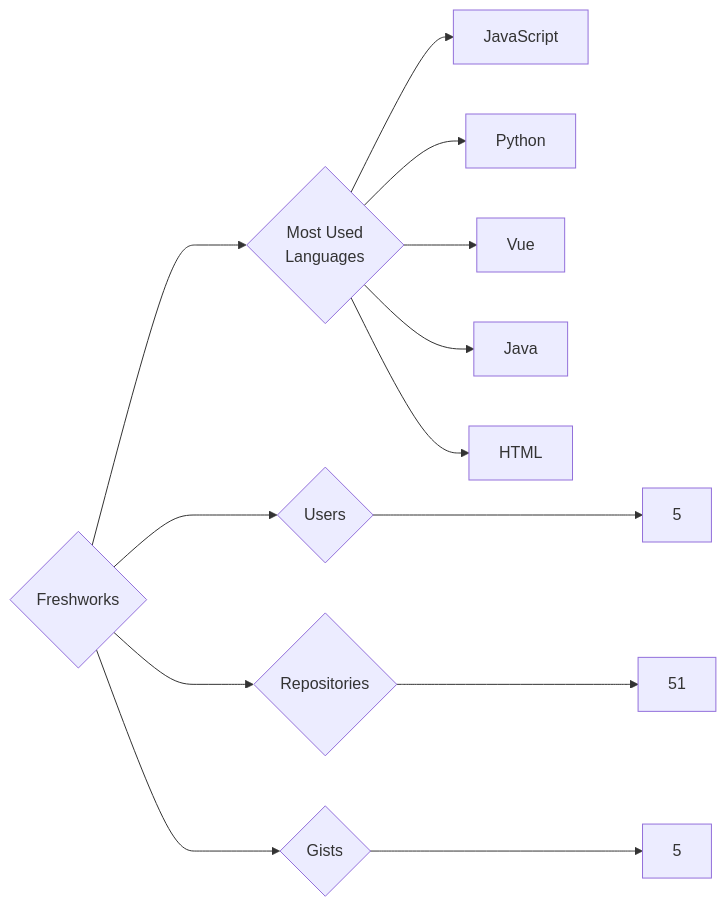
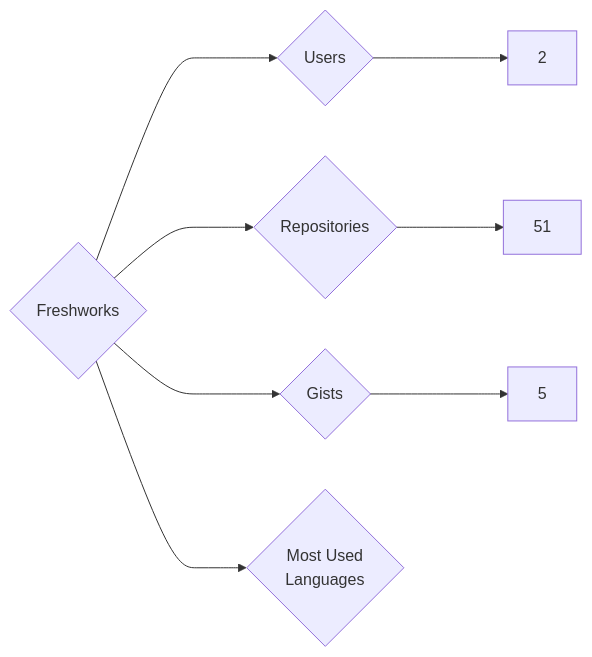
The diagram in targets/Freshworks/README.md (trickest/insiders), drawn with Mermaid before and after one commit. The commit also changed 1003 other files, not shown here.

````diff
--- a/targets/Freshworks/README.md
+++ b/targets/Freshworks/README.md
@@ -3,13 +3,8 @@
 ```mermaid
 graph LR
 COMPANY_NAME{Freshworks}
-COMPANY_NAME ---> U{Users} ---> UN[5]
+COMPANY_NAME ---> U{Users} ---> UN[2]
 COMPANY_NAME ---> R{Repositories} ---> RN[51]
 COMPANY_NAME ---> G{Gists} ---> GN[5]
 COMPANY_NAME ---> ML{Most Used<br>Languages}
-ML --> JavaScript[JavaScript]
-ML --> Python[Python]
-ML --> Vue[Vue]
-ML --> Java[Java]
-ML --> HTML[HTML]
 ```
````
